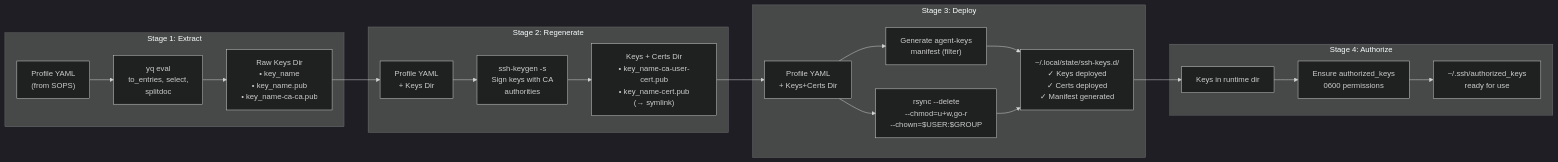
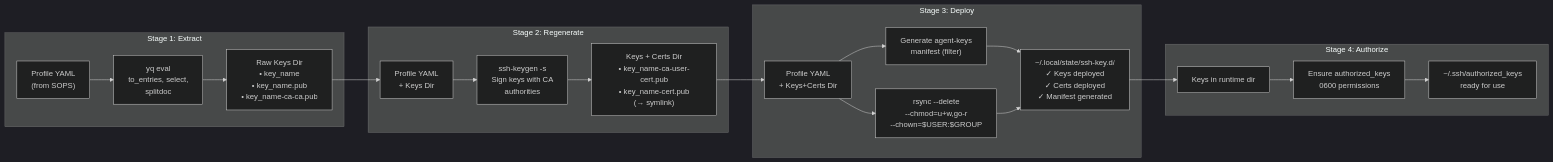
The second of 7 diagrams in docs/ssh-keys-diagrams.adoc (seedmatic/ndh), drawn with Mermaid (dark theme) before and after one commit. The commit also changed other lines of this file and 4 other files, not shown here.

First line of the commit message:
refactor: update remaining ssh-keys.d references to ssh-key.d

```diff
--- a/docs/ssh-keys-diagrams.adoc
+++ b/docs/ssh-keys-diagrams.adoc
@@ -56,37 +56,37 @@
 [mermaid]
 ----
 graph LR
     subgraph "Stage 1: Extract"
         input1["Profile YAML<br/>(from SOPS)"]
         yq1["yq eval<br/>to_entries, select,<br/>splitdoc"]
         output1["Raw Keys Dir<br/>• key_name<br/>• key_name.pub<br/>• key_name-ca-ca.pub"]
     end
     
     subgraph "Stage 2: Regenerate"
         input2["Profile YAML<br/>+ Keys Dir"]
         sign["ssh-keygen -s<br/>Sign keys with CA<br/>authorities"]
         output2["Keys + Certs Dir<br/>• key_name-ca-user-cert.pub<br/>• key_name-cert.pub<br/>(→ symlink)"]
     end
     
     subgraph "Stage 3: Deploy"
         input3["Profile YAML<br/>+ Keys+Certs Dir"]
         manifest["Generate agent-keys<br/>manifest (filter)"]
         rsync["rsync --delete<br/>--chmod=u+w,go-r<br/>--chown=$USER:$GROUP"]
-        output3["~/.local/state/ssh-keys.d/<br/>✓ Keys deployed<br/>✓ Certs deployed<br/>✓ Manifest generated"]
+        output3["~/.local/state/ssh-key.d/<br/>✓ Keys deployed<br/>✓ Certs deployed<br/>✓ Manifest generated"]
     end
     
     subgraph "Stage 4: Authorize"
         input4["Keys in runtime dir"]
         perms["Ensure authorized_keys<br/>0600 permissions"]
         output4["~/.ssh/authorized_keys<br/>ready for use"]
     end
     
     input1 --> yq1 --> output1
     output1 --> input2
     input2 --> sign --> output2
     output2 --> input3
     input3 --> manifest & rsync
     manifest & rsync --> output3
     output3 --> input4
     input4 --> perms --> output4
 ----
```
